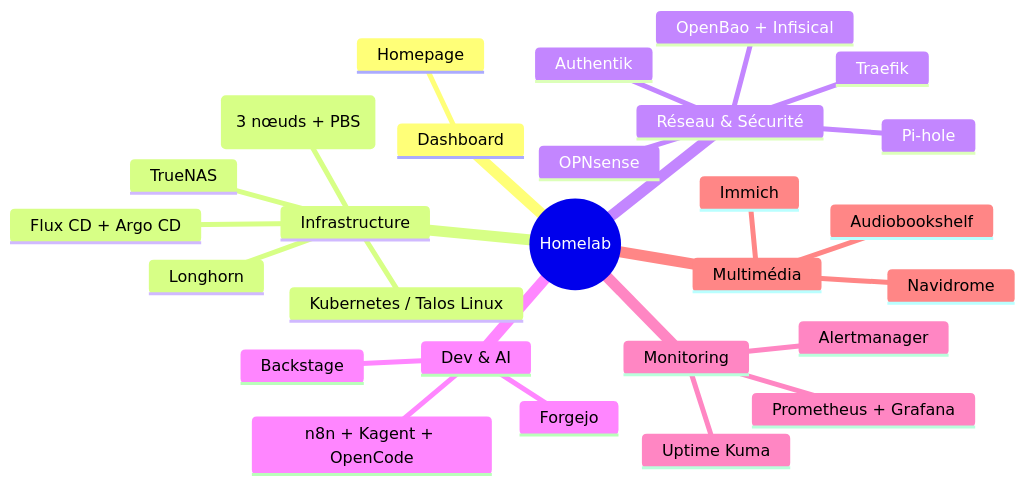
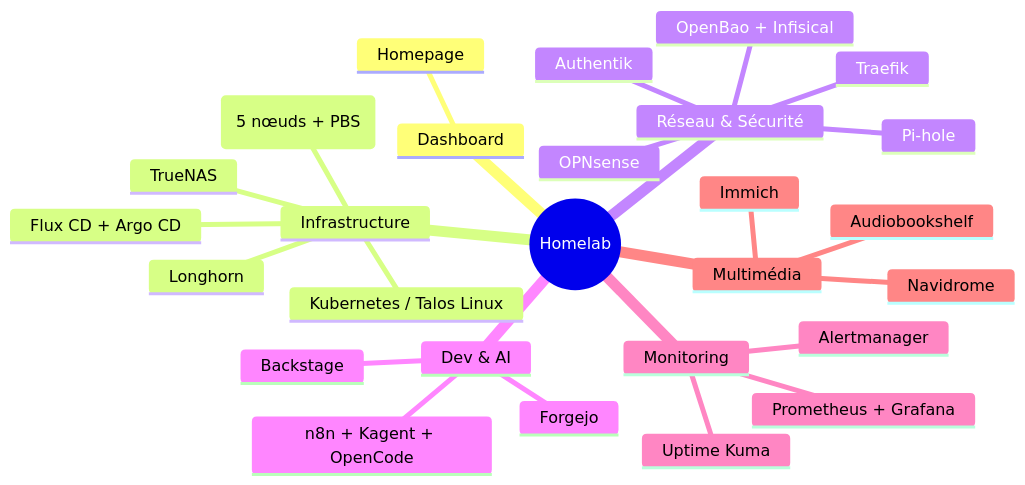
One commit to mombe090/mombe090.github.io changed the diagram in _posts/2026-08-03-homelab-tools.md. Above: the diagram before and after it, drawn with Mermaid. The commit also changed other lines of this file and 2 other files, not shown here.

````diff
--- a/_posts/2026-08-03-homelab-tools.md
+++ b/_posts/2026-08-03-homelab-tools.md
@@ -37,30 +39,30 @@
 ```mermaid
 mindmap
   root((Homelab))
     Dashboard
       Homepage
     Infrastructure
-      Proxmox VE (3 nœuds + PBS)
+      Proxmox VE (5 nœuds + PBS)
       Kubernetes / Talos Linux
       Flux CD + Argo CD
       Longhorn
       TrueNAS
     Réseau & Sécurité
       OPNsense
       Traefik
       Pi-hole
       Authentik
       OpenBao + Infisical
     Dev & AI
       Forgejo
       Backstage
       n8n + Kagent + OpenCode
     Monitoring
       Prometheus + Grafana
       Alertmanager
       Uptime Kuma
     Multimédia
       Navidrome
       Immich
       Audiobookshelf
 ```
````
